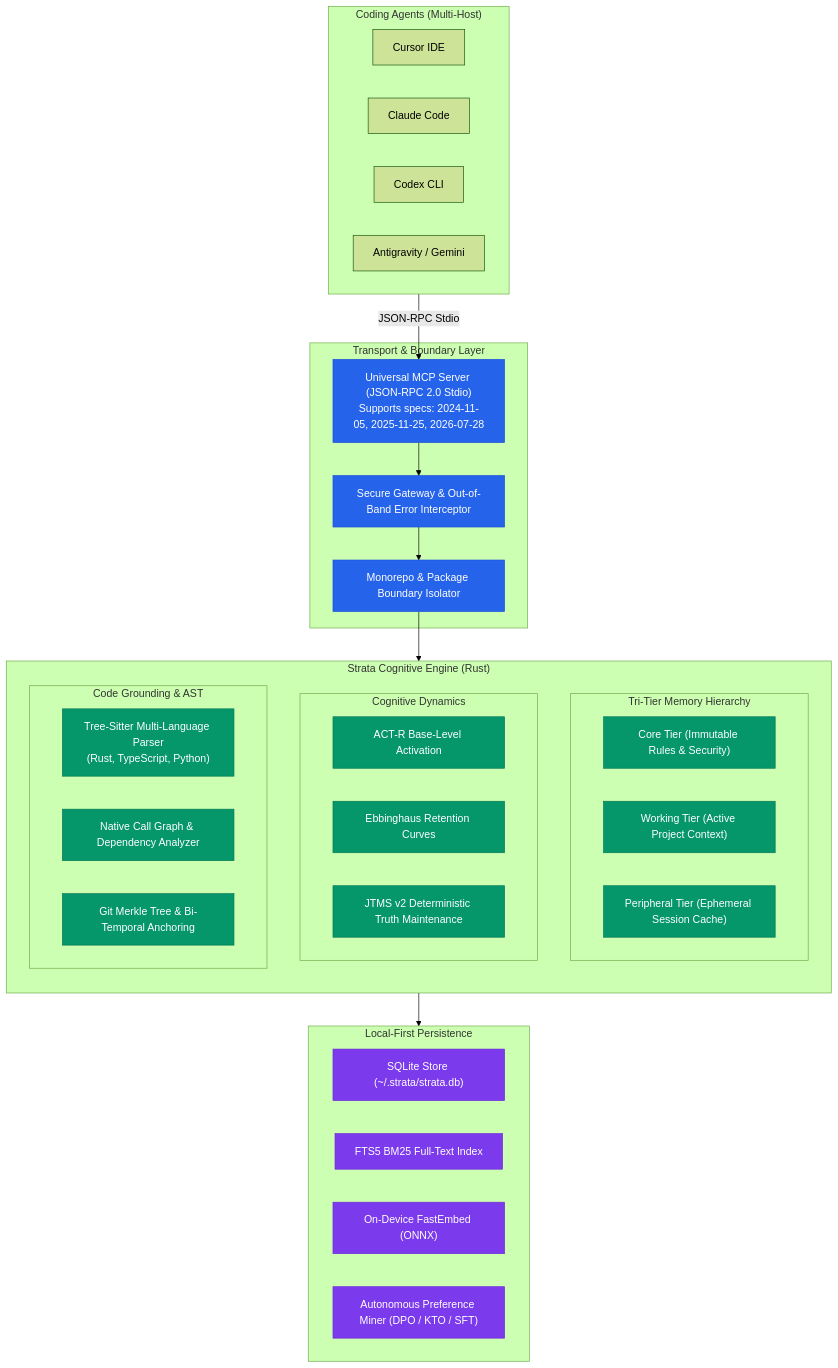
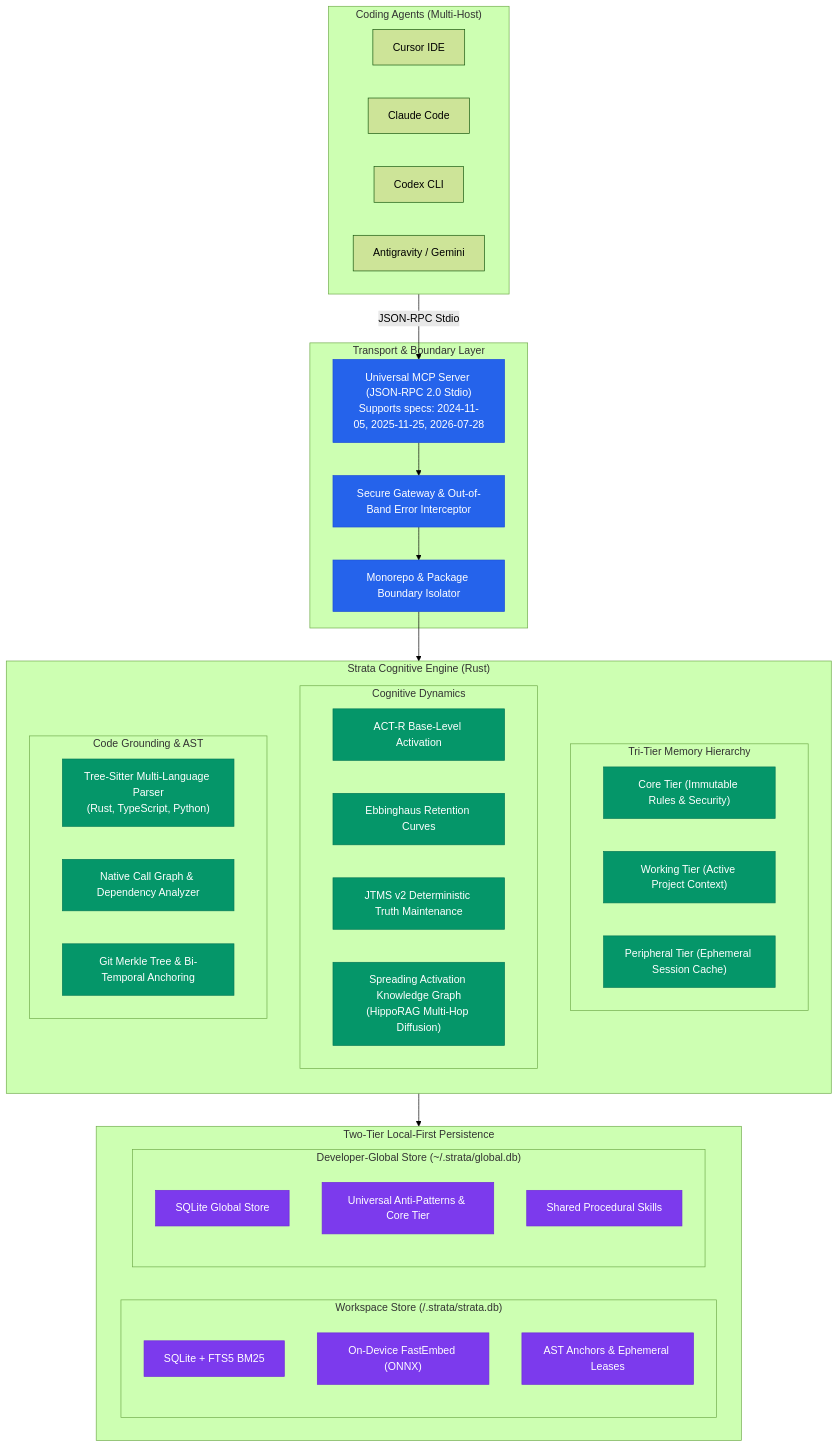
The diagram in README.md (phfarath/Strata), drawn with Mermaid (forest theme) before and after one commit. The commit also changed other lines of this file and 1 other file, not shown here.

Commit message:
docs: update system architecture, command matrix, roadmap, and memory federation guide (#28)

````diff
--- a/README.md
+++ b/README.md
@@ -60,57 +60,65 @@
 ```mermaid
 flowchart TD
     subgraph Agents ["Coding Agents (Multi-Host)"]
         A1["Cursor IDE"]
         A2["Claude Code"]
         A3["Codex CLI"]
         A4["Antigravity / Gemini"]
     end
 
     subgraph Protocol ["Transport & Boundary Layer"]
         MCP["Universal MCP Server (JSON-RPC 2.0 Stdio)\nSupports specs: 2024-11-05, 2025-11-25, 2026-07-28"]
         GW["Secure Gateway & Out-of-Band Error Interceptor"]
         MONO["Monorepo & Package Boundary Isolator"]
     end
 
     subgraph CoreEngine ["Strata Cognitive Engine (Rust)"]
         direction TB
         subgraph MemoryTiers ["Tri-Tier Memory Hierarchy"]
             C_TIER["Core Tier (Immutable Rules & Security)"]
             W_TIER["Working Tier (Active Project Context)"]
             P_TIER["Peripheral Tier (Ephemeral Session Cache)"]
         end
         
         subgraph Dynamics ["Cognitive Dynamics"]
             ACT["ACT-R Base-Level Activation"]
             EBB["Ebbinghaus Retention Curves"]
             JTMS["JTMS v2 Deterministic Truth Maintenance"]
+            KG["Spreading Activation Knowledge Graph\n(HippoRAG Multi-Hop Diffusion)"]
         end
 
         subgraph Grounding ["Code Grounding & AST"]
             TS["Tree-Sitter Multi-Language Parser\n(Rust, TypeScript, Python)"]
             CG["Native Call Graph & Dependency Analyzer"]
             MK["Git Merkle Tree & Bi-Temporal Anchoring"]
         end
     end
 
-    subgraph StorageLayer ["Local-First Persistence"]
-        SQL["SQLite Store (~/.strata/strata.db)"]
-        FTS["FTS5 BM25 Full-Text Index"]
-        EMB["On-Device FastEmbed (ONNX)"]
-        DPO["Autonomous Preference Miner (DPO / KTO / SFT)"]
+    subgraph StorageLayer ["Two-Tier Local-First Persistence"]
+        direction LR
+        subgraph LocalStore ["Workspace Store (<workspace>/.strata/strata.db)"]
+            SQL["SQLite + FTS5 BM25"]
+            EMB["On-Device FastEmbed (ONNX)"]
+            AST_IDX["AST Anchors & Ephemeral Leases"]
+        end
+        subgraph GlobalStore ["Developer-Global Store (~/.strata/global.db)"]
+            G_SQL["SQLite Global Store"]
+            G_RULES["Universal Anti-Patterns & Core Tier"]
+            G_SKILLS["Shared Procedural Skills"]
+        end
     end
 
     Agents -->|JSON-RPC Stdio| MCP
     MCP --> GW
     GW --> MONO
     MONO --> CoreEngine
     CoreEngine --> StorageLayer
 
     classDef primary fill:#2563EB,stroke:#1D4ED8,color:#FFFFFF;
     classDef secondary fill:#059669,stroke:#047857,color:#FFFFFF;
     classDef storage fill:#7C3AED,stroke:#6D28D9,color:#FFFFFF;
     
     class MCP,GW,MONO primary;
-    class C_TIER,W_TIER,P_TIER,ACT,EBB,JTMS,TS,CG,MK secondary;
-    class SQL,FTS,EMB,DPO storage;
+    class C_TIER,W_TIER,P_TIER,ACT,EBB,JTMS,KG,TS,CG,MK secondary;
+    class SQL,EMB,AST_IDX,G_SQL,G_RULES,G_SKILLS storage;
 ```
````
